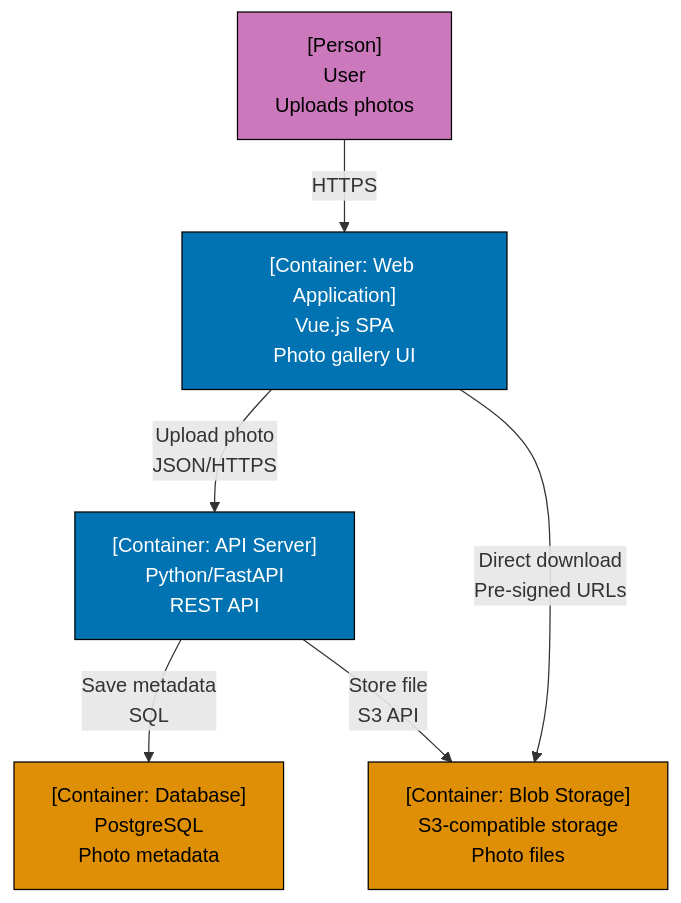
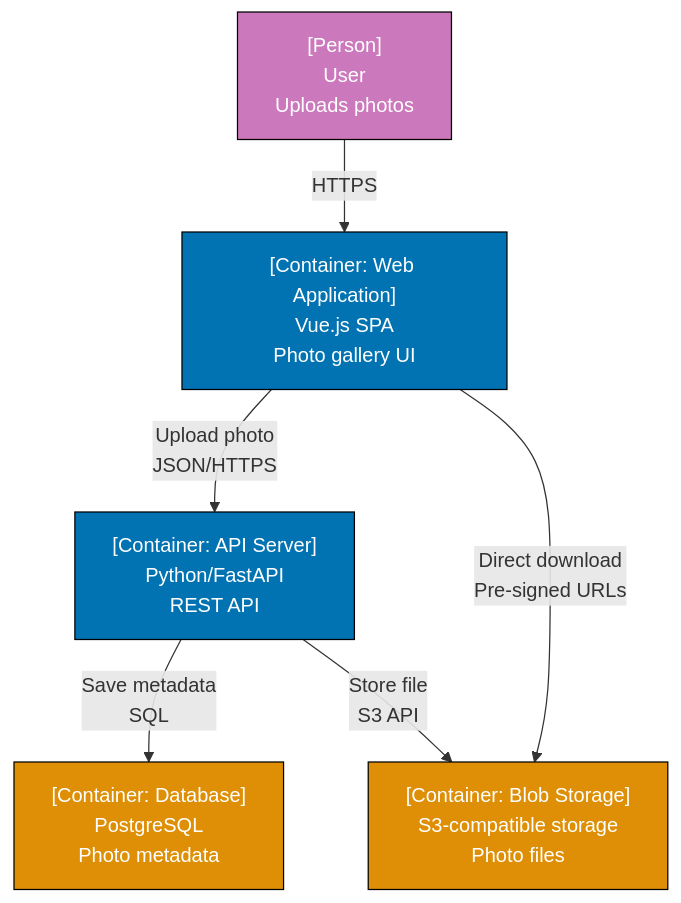
Before and after one commit to wahidyankf/open-sharia-enterprise: diagram 14 of 30 in apps/ayokoding-web/content/en/learn/software-engineering/architecture/c4-architecture-model/by-example/beginner.md, drawn with Mermaid. The commit also changed other lines of this file and 61 other files, not shown here.

First line of the commit message:
fix(ayokoding-web): quote Mermaid node labels with special characters in Example 63

````diff
--- a/apps/ayokoding-web/content/en/learn/software-engineering/architecture/c4-architecture-model/by-example/beginner.md
+++ b/apps/ayokoding-web/content/en/learn/software-engineering/architecture/c4-architecture-model/by-example/beginner.md
@@ -506,21 +506,21 @@
 ```mermaid
 graph TD
     User["[Person]<br/>User<br/>Uploads photos"]
 
     WebApp["[Container: Web Application]<br/>Vue.js SPA<br/>Photo gallery UI"]
     APIServer["[Container: API Server]<br/>Python/FastAPI<br/>REST API"]
     Database["[Container: Database]<br/>PostgreSQL<br/>Photo metadata"]
     BlobStorage["[Container: Blob Storage]<br/>S3-compatible storage<br/>Photo files"]
 
     User -->|"HTTPS"| WebApp
     WebApp -->|"Upload photo<br/>JSON/HTTPS"| APIServer
     APIServer -->|"Save metadata<br/>SQL"| Database
     APIServer -->|"Store file<br/>S3 API"| BlobStorage
     WebApp -->|"Direct download<br/>Pre-signed URLs"| BlobStorage
 
-    style User fill:#CC78BC,stroke:#000,color:#000
+    style User fill:#CC78BC,stroke:#000,color:#fff
     style WebApp fill:#0173B2,stroke:#000,color:#fff
     style APIServer fill:#0173B2,stroke:#000,color:#fff
-    style Database fill:#DE8F05,stroke:#000,color:#000
-    style BlobStorage fill:#DE8F05,stroke:#000,color:#000
+    style Database fill:#DE8F05,stroke:#000,color:#fff
+    style BlobStorage fill:#DE8F05,stroke:#000,color:#fff
 ```
````
